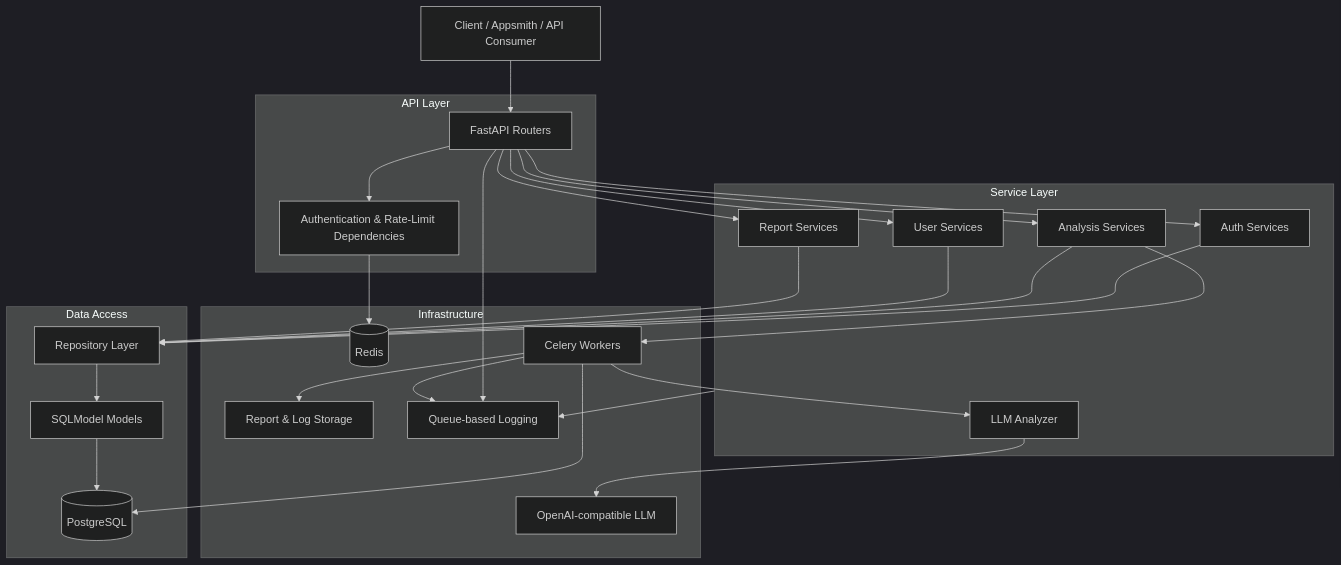
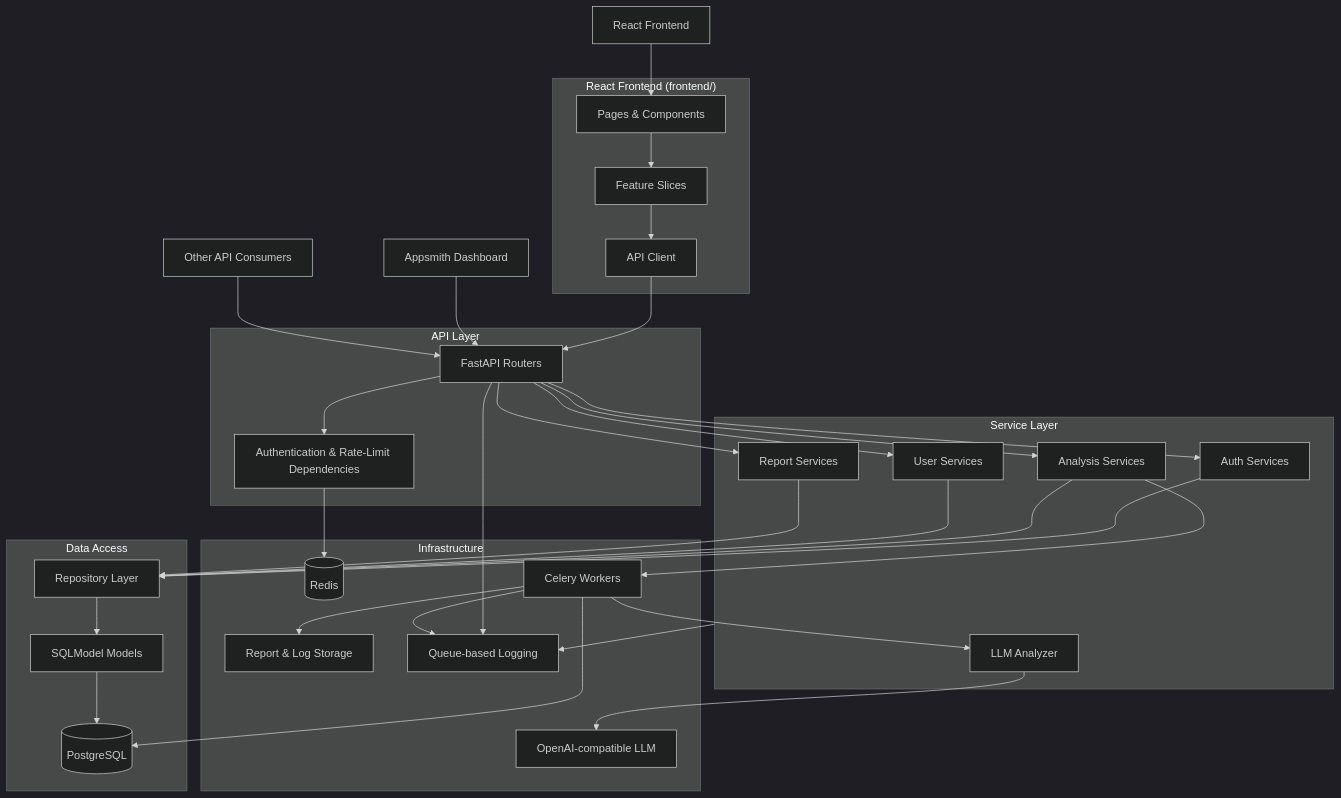
The first of 2 diagrams in README.md (enoorii/contract-clause-reviewer), drawn with Mermaid (dark theme) before and after one commit. The commit also changed other lines of this file and 16 other files, not shown here.

Commit message:
Added frontend docks. Updated main README with a react section.

````diff
--- a/README.md
+++ b/README.md
@@ -213,57 +274,71 @@
 ```mermaid
 flowchart TB
-    Client[Client / Appsmith / API Consumer]
+    React[React Frontend]
+    Appsmith[Appsmith Dashboard]
+    APIConsumer[Other API Consumers]
+
+    subgraph FE["React Frontend (frontend/)"]
+        UI[Pages & Components]
+        FEFeatures[Feature Slices]
+        APIClient[API Client]
+    end
 
     subgraph API["API Layer"]
         Routes[FastAPI Routers]
         Deps[Authentication & Rate-Limit Dependencies]
     end
 
     subgraph Services["Service Layer"]
         Auth[Auth Services]
         Analysis[Analysis Services]
         Users[User Services]
         Reports[Report Services]
         Analyzer[LLM Analyzer]
     end
 
     subgraph Data["Data Access"]
         Repos[Repository Layer]
         Models[SQLModel Models]
         DB[(PostgreSQL)]
     end
 
     subgraph Infra["Infrastructure"]
         Redis[(Redis)]
         Celery[Celery Workers]
         OpenAI[OpenAI-compatible LLM]
         Files[Report & Log Storage]
         Logging[Queue-based Logging]
     end
 
-    Client --> Routes
+    React --> UI
+    UI --> FEFeatures
+    FEFeatures --> APIClient
+    APIClient --> Routes
+    Appsmith --> Routes
+    APIConsumer --> Routes
+
     Routes --> Deps
     Routes --> Auth
     Routes --> Analysis
     Routes --> Users
     Routes --> Reports
 
     Auth --> Repos
     Analysis --> Repos
     Users --> Repos
     Reports --> Repos
 
     Repos --> Models
     Models --> DB
 
     Deps --> Redis
     Analysis --> Celery
     Celery --> Analyzer
     Analyzer --> OpenAI
     Celery --> DB
     Celery --> Files
 
     Routes --> Logging
     Services --> Logging
     Celery --> Logging
 ```
````
